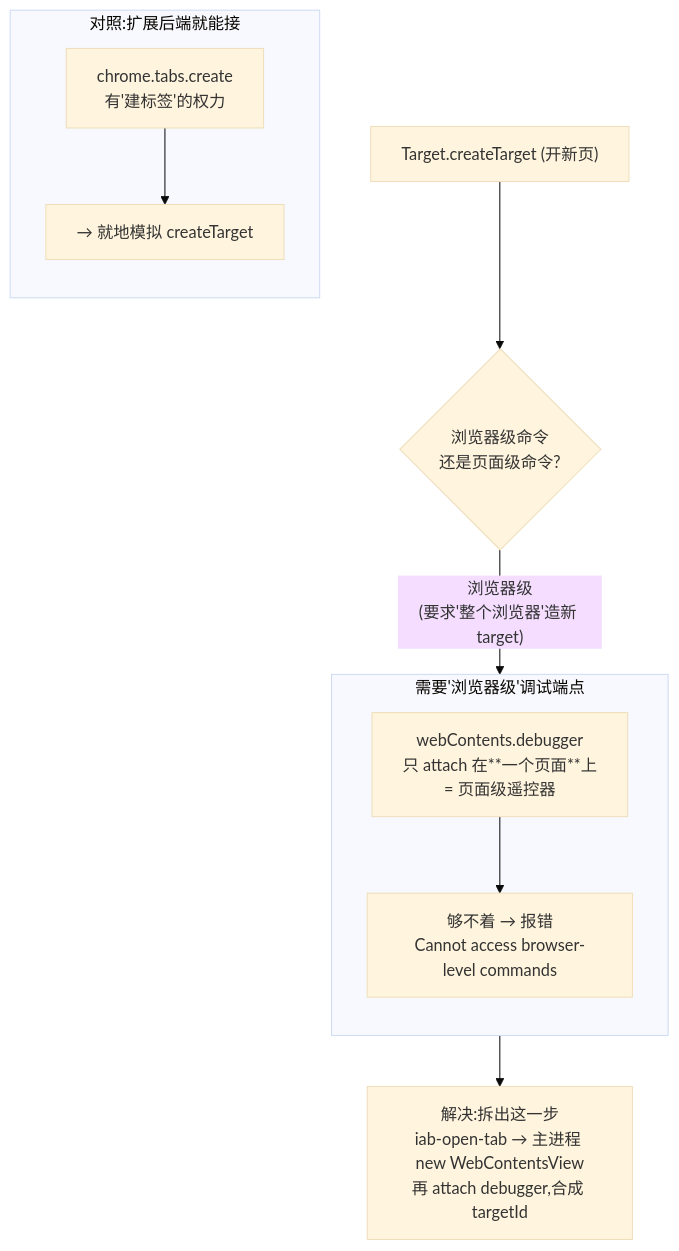
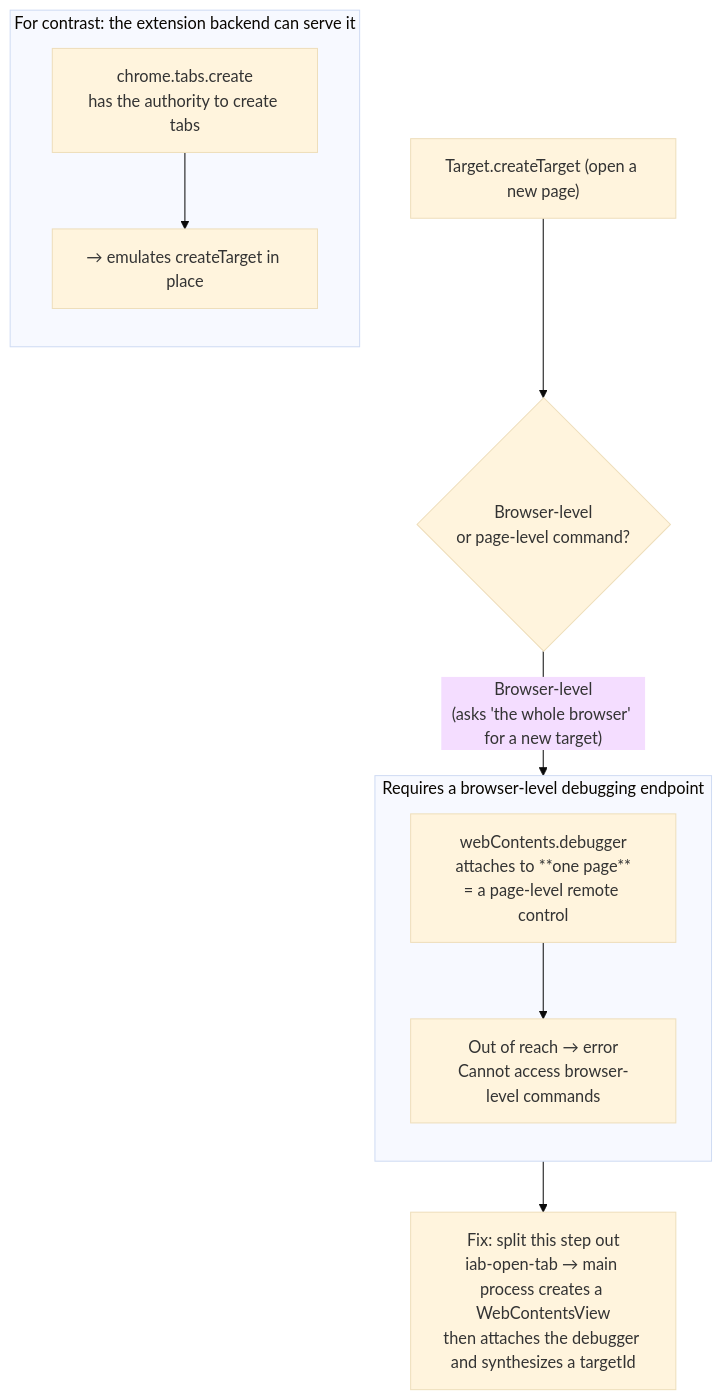
Before and after one commit to Prism-Shadow/travel-agent: the third of 5 diagrams in docs/architecture/iab-in-app-browser.md, drawn with Mermaid (base theme). The commit also changed other lines of this file and 7 other files, not shown here.

Commit message:
docs: translate the architecture and verification docs to English, and state the rule in AGENTS.md

````diff
--- a/docs/architecture/iab-in-app-browser.md
+++ b/docs/architecture/iab-in-app-browser.md
@@ -91,23 +95,23 @@
 ```mermaid
 flowchart TB
-    CMD["Target.createTarget (开新页)"]
-    Q{"浏览器级命令<br/>还是页面级命令?"}
+    CMD["Target.createTarget (open a new page)"]
+    Q{"Browser-level<br/>or page-level command?"}
     CMD --> Q
-    Q -->|"浏览器级<br/>(要求'整个浏览器'造新 target)"| BROWSER
+    Q -->|"Browser-level<br/>(asks 'the whole browser' for a new target)"| BROWSER
 
-    subgraph BROWSER["需要'浏览器级'调试端点"]
+    subgraph BROWSER["Requires a browser-level debugging endpoint"]
         direction TB
-        WCD["webContents.debugger<br/>只 attach 在**一个页面**上<br/>= 页面级遥控器"]
-        NO["够不着 → 报错<br/>Cannot access browser-level commands"]
+        WCD["webContents.debugger<br/>attaches to **one page**<br/>= a page-level remote control"]
+        NO["Out of reach → error<br/>Cannot access browser-level commands"]
         WCD --> NO
     end
 
-    NO --> FIX["解决:拆出这一步<br/>iab-open-tab → 主进程 new WebContentsView<br/>再 attach debugger,合成 targetId"]
+    NO --> FIX["Fix: split this step out<br/>iab-open-tab → main process creates a WebContentsView<br/>then attaches the debugger and synthesizes a targetId"]
 
-    subgraph EXT["对照:扩展后端就能接"]
+    subgraph EXT["For contrast: the extension backend can serve it"]
         direction TB
-        TABS["chrome.tabs.create<br/>有'建标签'的权力"]
-        OK["→ 就地模拟 createTarget"]
+        TABS["chrome.tabs.create<br/>has the authority to create tabs"]
+        OK["→ emulates createTarget in place"]
         TABS --> OK
     end
 ```
````
